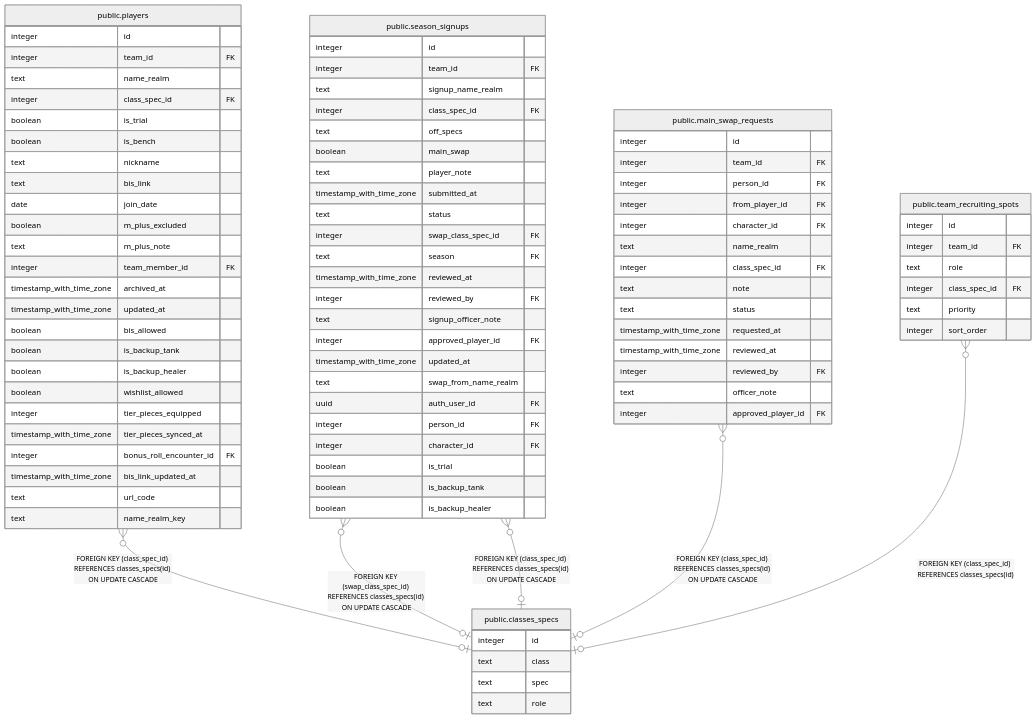
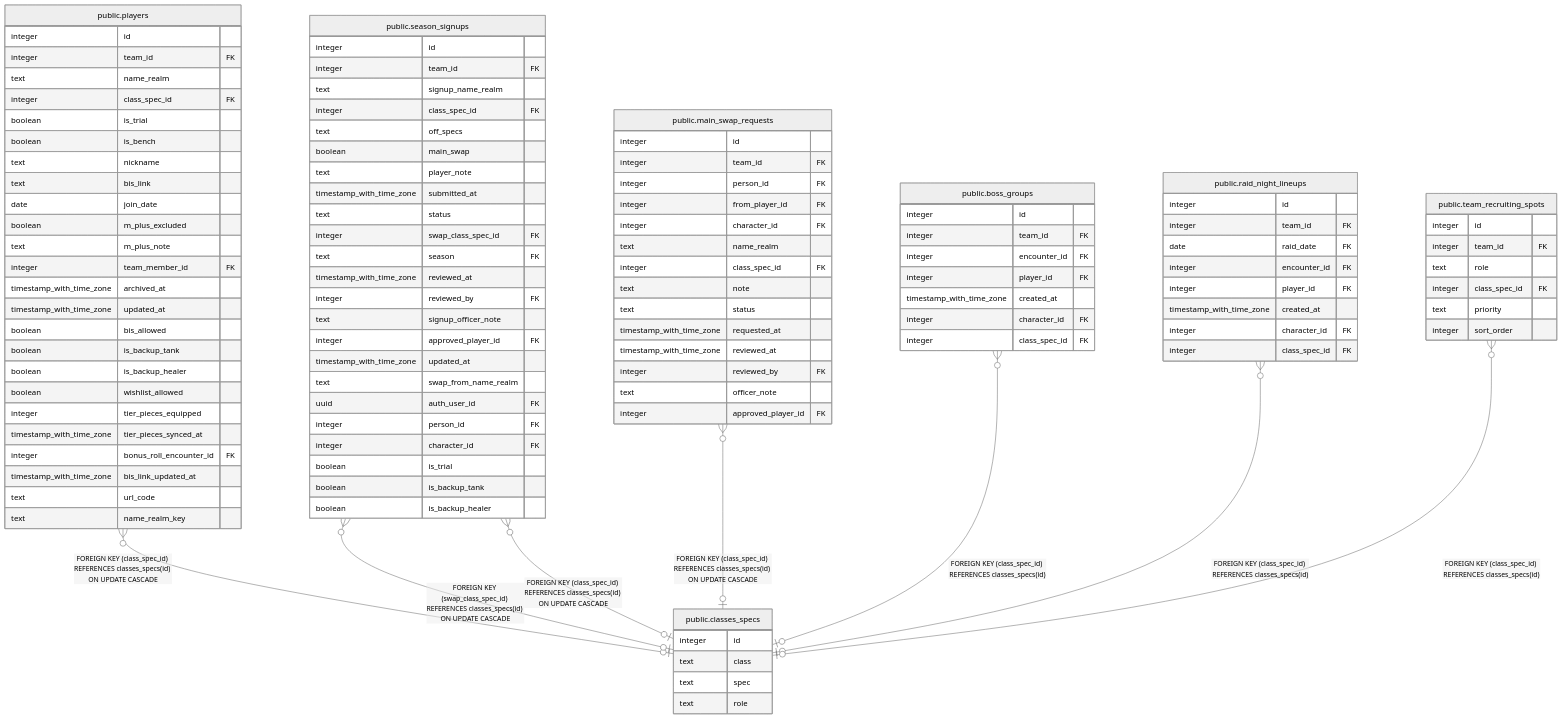
One commit to katogaming88/WGA-Raid-Hub changed the diagram in dbdoc/public.classes_specs.md. Above: the diagram before and after it, drawn with Mermaid (neutral theme). The commit also changed other lines of this file and 44 other files, not shown here.

First line of the commit message:
#1580: officers pick which character and spec a raider plays on each boss

```diff
--- a/dbdoc/public.classes_specs.md
+++ b/dbdoc/public.classes_specs.md
@@ -35,6 +35,8 @@
 "public.season_signups" }o--o| "public.classes_specs" : "FOREIGN KEY (swap_class_spec_id) REFERENCES classes_specs(id) ON UPDATE CASCADE"
 "public.season_signups" }o--o| "public.classes_specs" : "FOREIGN KEY (class_spec_id) REFERENCES classes_specs(id) ON UPDATE CASCADE"
 "public.main_swap_requests" }o--o| "public.classes_specs" : "FOREIGN KEY (class_spec_id) REFERENCES classes_specs(id) ON UPDATE CASCADE"
+"public.boss_groups" }o--o| "public.classes_specs" : "FOREIGN KEY (class_spec_id) REFERENCES classes_specs(id)"
+"public.raid_night_lineups" }o--o| "public.classes_specs" : "FOREIGN KEY (class_spec_id) REFERENCES classes_specs(id)"
 "public.team_recruiting_spots" }o--o| "public.classes_specs" : "FOREIGN KEY (class_spec_id) REFERENCES classes_specs(id)"
 
 "public.classes_specs" {
@@ -110,6 +112,25 @@
   text officer_note
   integer approved_player_id FK
 }
+"public.boss_groups" {
+  integer id
+  integer team_id FK
+  integer encounter_id FK
+  integer player_id FK
+  timestamp_with_time_zone created_at
+  integer character_id FK
+  integer class_spec_id FK
+}
+"public.raid_night_lineups" {
+  integer id
+  integer team_id FK
+  date raid_date FK
+  integer encounter_id FK
+  integer player_id FK
+  timestamp_with_time_zone created_at
+  integer character_id FK
+  integer class_spec_id FK
+}
 "public.team_recruiting_spots" {
   integer id
   integer team_id FK
```
